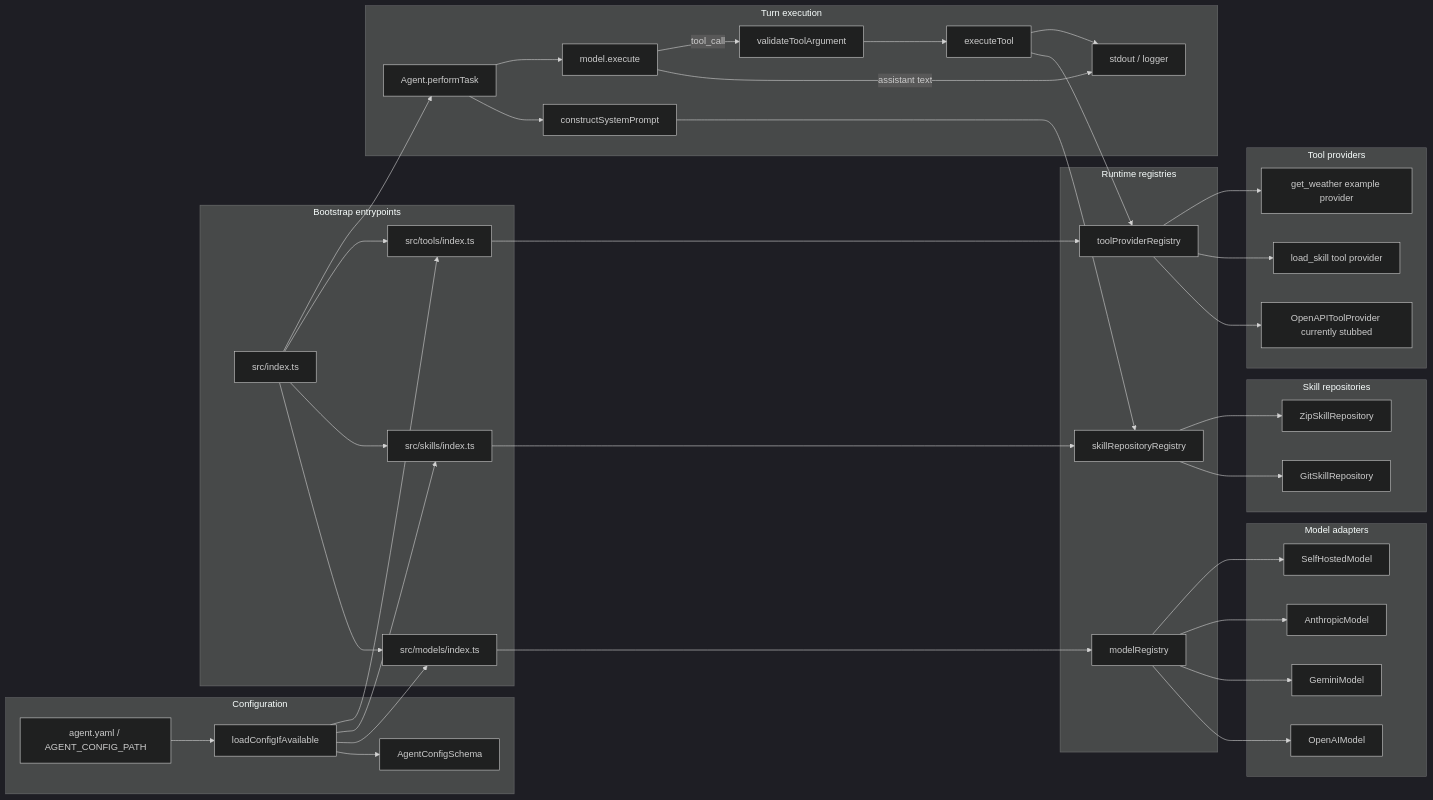
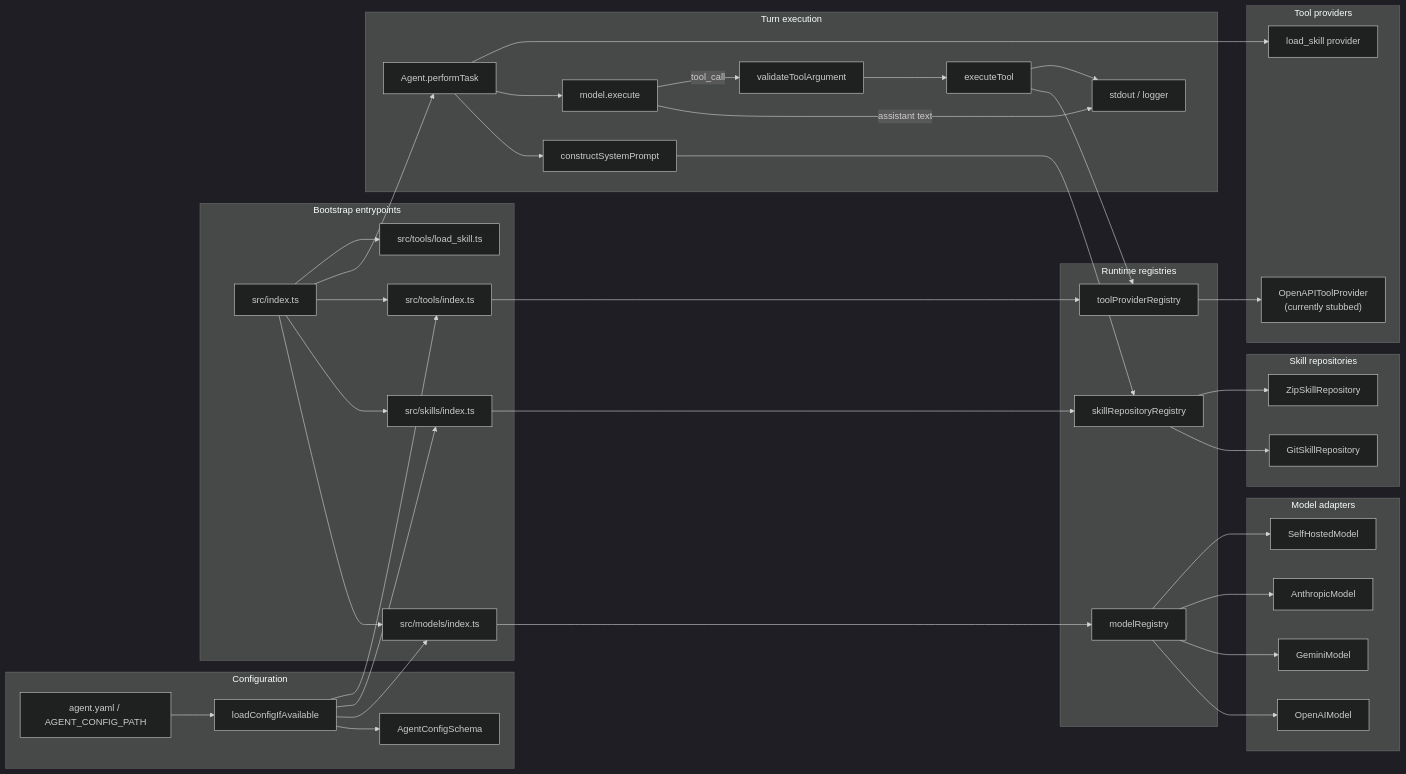
Before and after one commit to adityarao2005/BYoAI-Deployment-Platform: the diagram in agentic_harness/README.md, drawn with Mermaid (dark theme). The commit also changed other lines of this file, not shown here.

````diff
--- a/agentic_harness/README.md
+++ b/agentic_harness/README.md
@@ -29,78 +29,78 @@
 ```mermaid
 flowchart LR
   subgraph Config["Configuration"]
     A["agent.yaml / AGENT_CONFIG_PATH"]
     B["loadConfigIfAvailable"]
     C["AgentConfigSchema"]
   end
 
   subgraph Bootstrap["Bootstrap entrypoints"]
     D["src/index.ts"]
     E["src/models/index.ts"]
     F["src/skills/index.ts"]
     G["src/tools/index.ts"]
+    H["src/tools/load_skill.ts"]
   end
 
   subgraph Registries["Runtime registries"]
-    H["modelRegistry"]
-    I["skillRepositoryRegistry"]
-    J["toolProviderRegistry"]
+    I["modelRegistry"]
+    J["skillRepositoryRegistry"]
+    K["toolProviderRegistry"]
   end
 
   subgraph AgentLoop["Turn execution"]
-    K["Agent.performTask"]
-    L["constructSystemPrompt"]
-    M["model.execute"]
-    N["validateToolArgument"]
-    O["executeTool"]
-    P["stdout / logger"]
+    L["Agent.performTask"]
+    M["constructSystemPrompt"]
+    N["model.execute"]
+    O["validateToolArgument"]
+    P["executeTool"]
+    Q["stdout / logger"]
   end
 
   subgraph ModelBackends["Model adapters"]
-    Q["OpenAIModel"]
-    R["GeminiModel"]
-    S["AnthropicModel"]
-    T["SelfHostedModel"]
+    R["OpenAIModel"]
+    S["GeminiModel"]
+    T["AnthropicModel"]
+    U["SelfHostedModel"]
   end
 
   subgraph SkillBackends["Skill repositories"]
-    U["GitSkillRepository"]
-    V["ZipSkillRepository"]
+    V["GitSkillRepository"]
+    W["ZipSkillRepository"]
   end
 
   subgraph ToolBackends["Tool providers"]
-    W["OpenAPIToolProvider currently stubbed"]
-    X["load_skill tool provider"]
-    Y["get_weather example provider"]
+    X["OpenAPIToolProvider\n(currently stubbed)"]
+    Y["load_skill provider"]
   end
 
   A --> B --> C
   B --> E
   B --> F
   B --> G
   D --> E
   D --> F
   D --> G
-  D --> K
+  D --> L
+  D --> H
 
-  E --> H
-  F --> I
-  G --> J
+  E --> I
+  F --> J
+  G --> K
 
-  K --> L --> I
-  K --> M
-  H --> Q
-  H --> R
-  H --> S
-  H --> T
+  L --> M --> J
+  L --> N
+  I --> R
+  I --> S
+  I --> T
+  I --> U
 
-  M -->|assistant text| P
-  M -->|tool_call| N --> O --> J
-  O --> P
+  N -->|assistant text| Q
+  N -->|tool_call| O --> P --> K
+  P --> Q
 
-  I --> U
-  I --> V
+  J --> V
   J --> W
-  J --> X
-  J --> Y
+  K --> X
+  L --> Y
 ```
````
